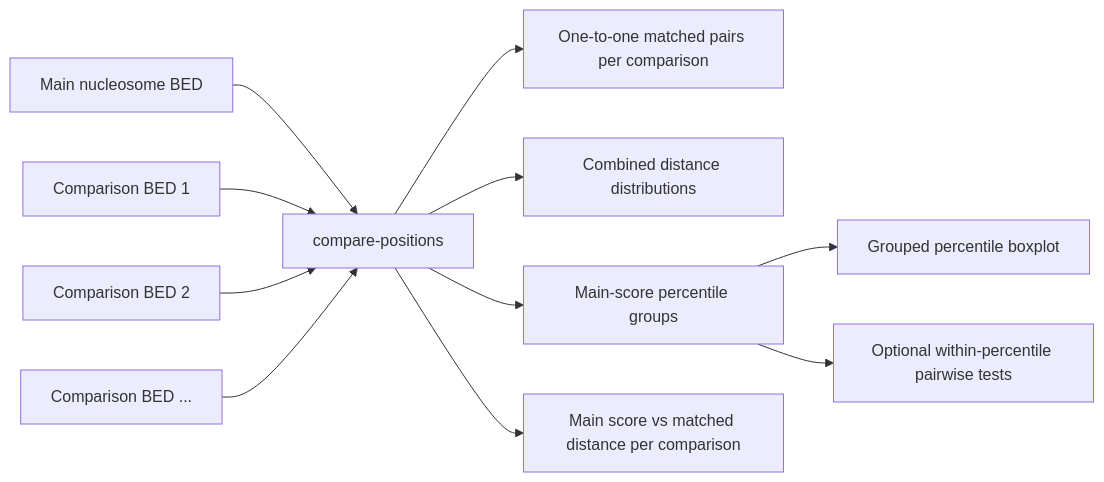
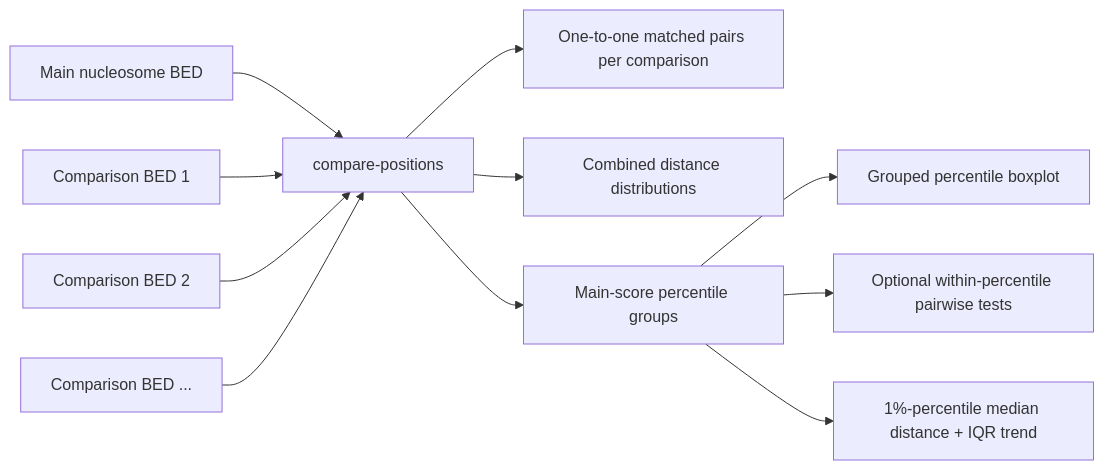
One commit to adjohnston85/NucleoSuite changed diagram 11 of 16 in docs/WORKFLOWS.md. Above: the diagram before and after it, drawn with Mermaid. The commit also changed 29 other files, not shown here.

````diff
--- a/docs/WORKFLOWS.md
+++ b/docs/WORKFLOWS.md
@@ -264,13 +264,13 @@
 ```mermaid
 flowchart LR
     A[Main nucleosome BED] --> C[compare-positions]
     B1[Comparison BED 1] --> C
     B2[Comparison BED 2] --> C
     B3[Comparison BED ...] --> C
     C --> D[One-to-one matched pairs per comparison]
     C --> E[Combined distance distributions]
     C --> F[Main-score percentile groups]
     F --> G[Grouped percentile boxplot]
     F --> H[Optional within-percentile pairwise tests]
-    C --> I[Main score vs matched distance per comparison]
+    F --> I[1%-percentile median distance + IQR trend]
 ```
````
